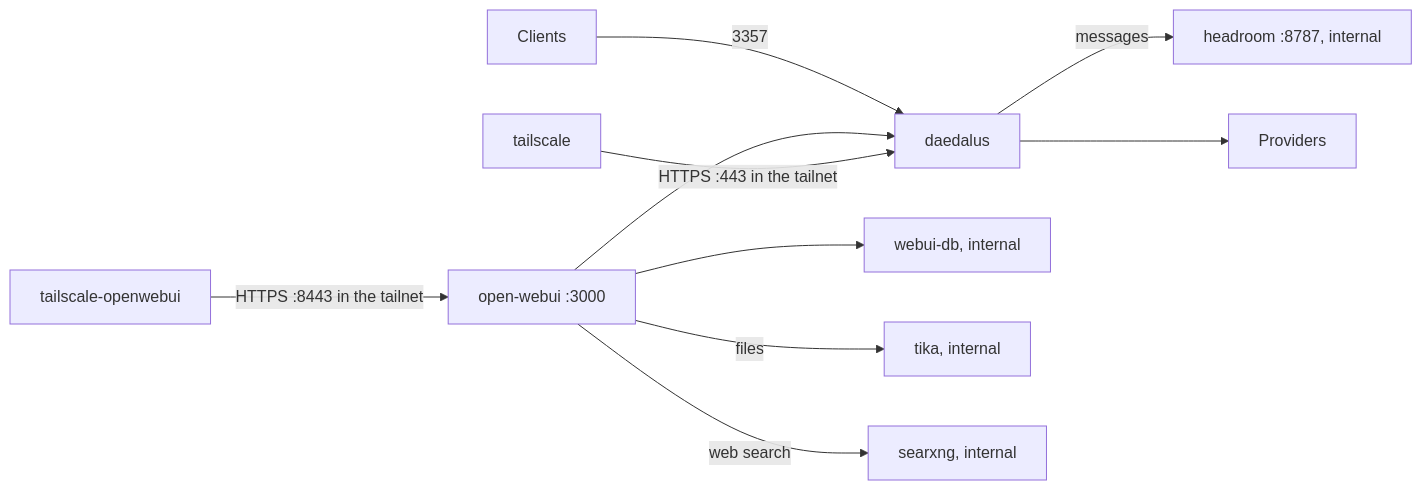
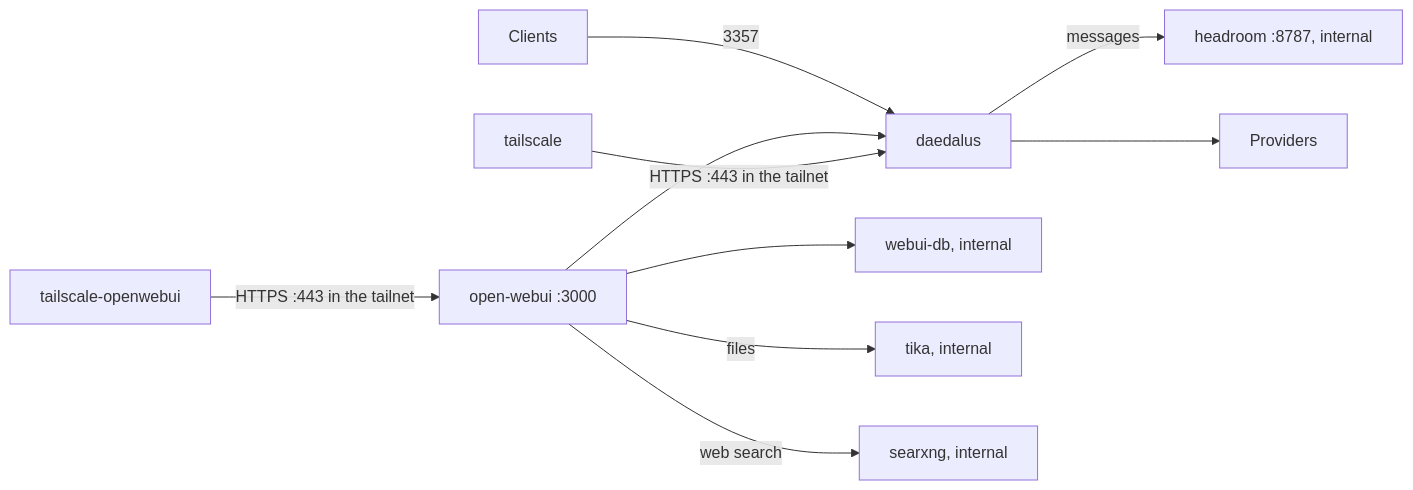
One commit to nemoe7/daedalus changed the diagram in docs/deployment.md. Above: the diagram before and after it, drawn with Mermaid. The commit also changed other lines of this file, not shown here.

Commit message:
docs: align Tailscale instructions with Compose

````diff
--- a/docs/deployment.md
+++ b/docs/deployment.md
@@ -146,12 +146,12 @@
 ```mermaid
 flowchart LR
   C[Clients] -->|3357| D[daedalus]
   W[open-webui :3000] --> D
   W --> V[webui-db, internal]
   W -->|files| K[tika, internal]
   W -->|web search| S[searxng, internal]
   D -->|messages| H[headroom :8787, internal]
   T[tailscale] -->|HTTPS :443 in the tailnet| D
-  O[tailscale-openwebui] -->|HTTPS :8443 in the tailnet| W
+  O[tailscale-openwebui] -->|HTTPS :443 in the tailnet| W
   D --> P[Providers]
 ```
````
